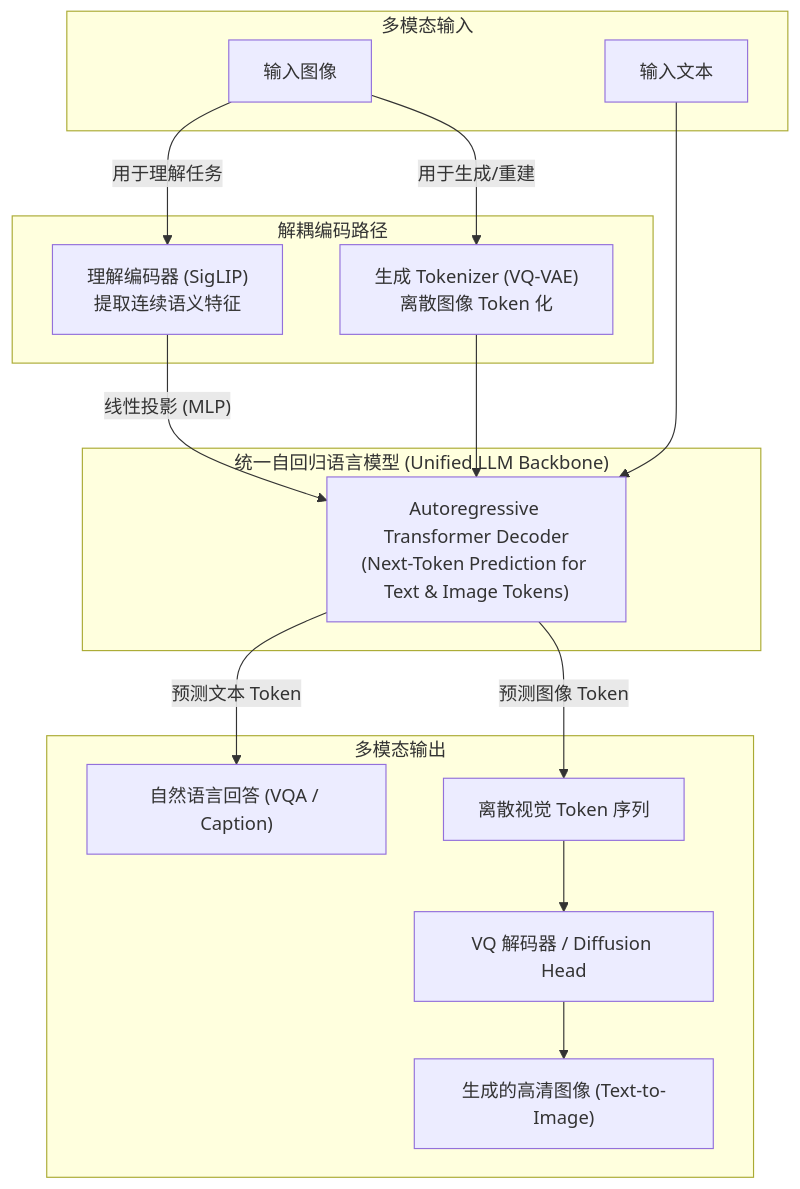
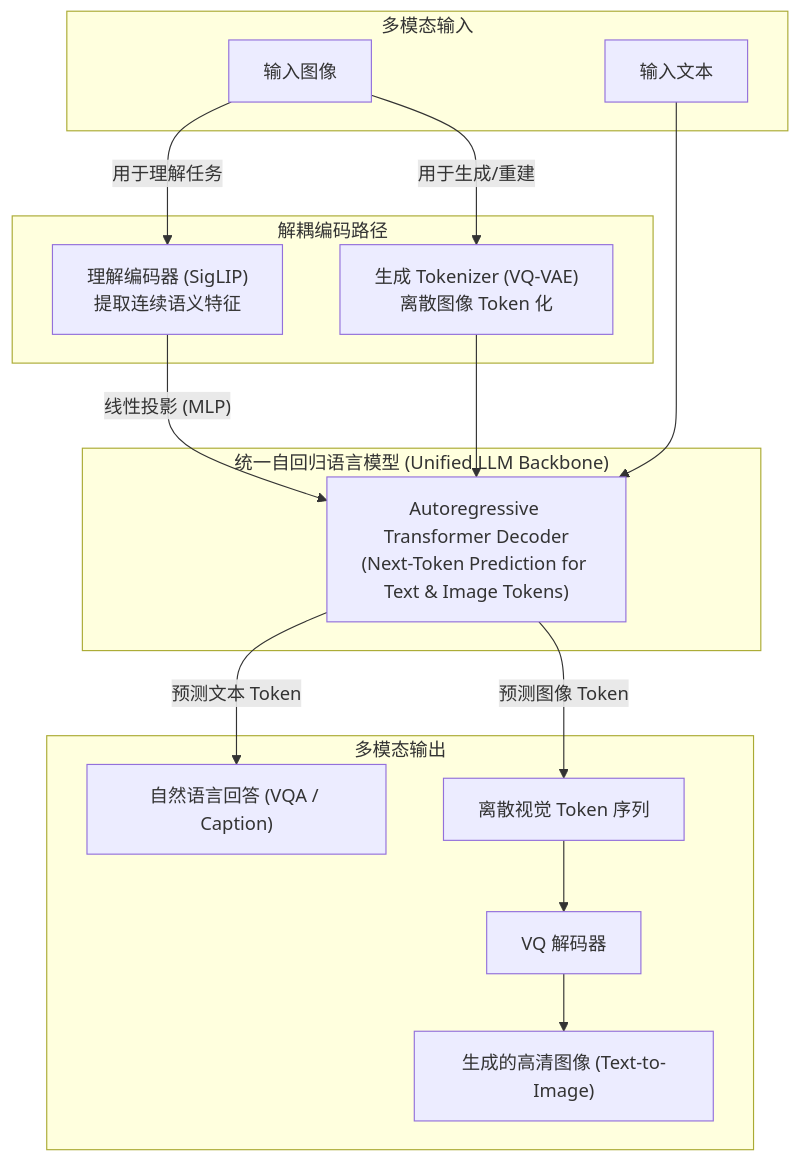
Before and after one commit to TingdeLiu/tingdeliu.github.io: the fourth of 15 diagrams in _posts/research/2026-03-05-VLM-Survey.md, drawn with Mermaid. The commit also changed other lines of this file, not shown here.

````diff
--- a/_posts/research/2026-03-05-VLM-Survey.md
+++ b/_posts/research/2026-03-05-VLM-Survey.md
@@ -476,30 +471,30 @@
 ```mermaid
 flowchart TD
     subgraph Input ["多模态输入"]
         ImgIn["输入图像"]
         TxtIn["输入文本"]
     end
 
     subgraph Encoders ["解耦编码路径"]
         SigLIP["理解编码器 (SigLIP)\n提取连续语义特征"]
         VQ["生成 Tokenizer (VQ-VAE)\n离散图像 Token 化"]
     end
 
     ImgIn -->|"用于理解任务"| SigLIP
     ImgIn -->|"用于生成/重建"| VQ
 
     subgraph LLM ["统一自回归语言模型 (Unified LLM Backbone)"]
         Dec["Autoregressive Transformer Decoder\n(Next-Token Prediction for Text & Image Tokens)"]
     end
 
     SigLIP -->|"线性投影 (MLP)"| Dec
     TxtIn --> Dec
     VQ --> Dec
 
     subgraph Output ["多模态输出"]
         Dec -->|"预测文本 Token"| TxtOut["自然语言回答 (VQA / Caption)"]
         Dec -->|"预测图像 Token"| ImgTokens["离散视觉 Token 序列"]
-        ImgTokens --> VQDec["VQ 解码器 / Diffusion Head"]
+        ImgTokens --> VQDec["VQ 解码器"]
         VQDec --> ImgOut["生成的高清图像 (Text-to-Image)"]
     end
 ```
````
